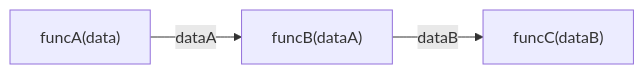
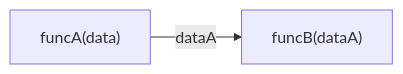
Before and after one commit to yoyoyohamapi/books-underscore-analysis: the diagram in function/函数组合.md, drawn with Mermaid.

```diff
--- a/function/函数组合.md
+++ b/function/函数组合.md
@@ -10,4 +10,4 @@
 {% mermaid %}
 graph LR;
-A["funcA(data)"]-- dataA -->B["funcB(dataA)"]-- dataB -->C["funcC(dataB)"];
+A["funcA(data)"]-- dataA -->B["funcB(dataA)"];
 {% endmermaid %}
```
